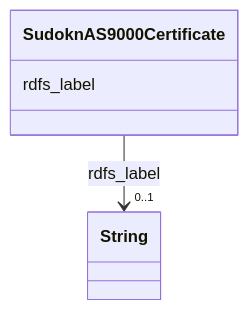
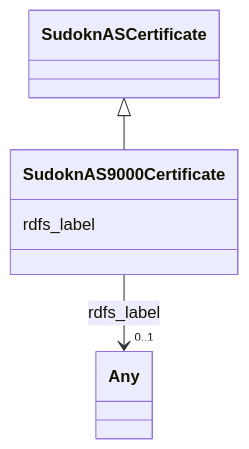
Before and after one commit to frink-okn/graph-descriptions: the diagram in sudokn-kg/classes/SudoknAS9000Certificate.md, drawn with Mermaid. The commit also changed other lines of this file and 903 other files, not shown here.

````diff
--- a/sudokn-kg/classes/SudoknAS9000Certificate.md
+++ b/sudokn-kg/classes/SudoknAS9000Certificate.md
@@ -23,15 +18,18 @@
 ```mermaid
  classDiagram
     class SudoknAS9000Certificate
     click SudoknAS9000Certificate href "../SudoknAS9000Certificate"
+      SudoknASCertificate <|-- SudoknAS9000Certificate
+        click SudoknASCertificate href "../SudoknASCertificate"
+      
       SudoknAS9000Certificate : rdfs_label
         
           
     
     
-    SudoknAS9000Certificate --> "0..1" String : rdfs_label
-    click String href "../String"
+    SudoknAS9000Certificate --> "0..1" Any : rdfs_label
+    click Any href "../Any"
 
         
       
 ```
````
